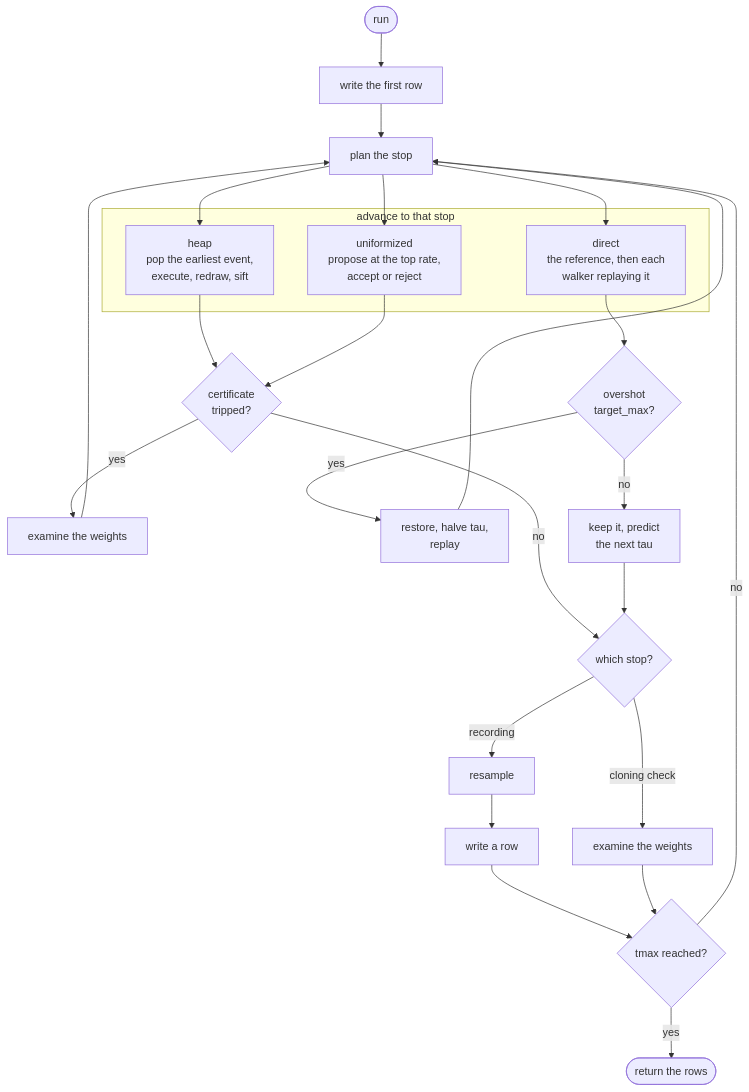
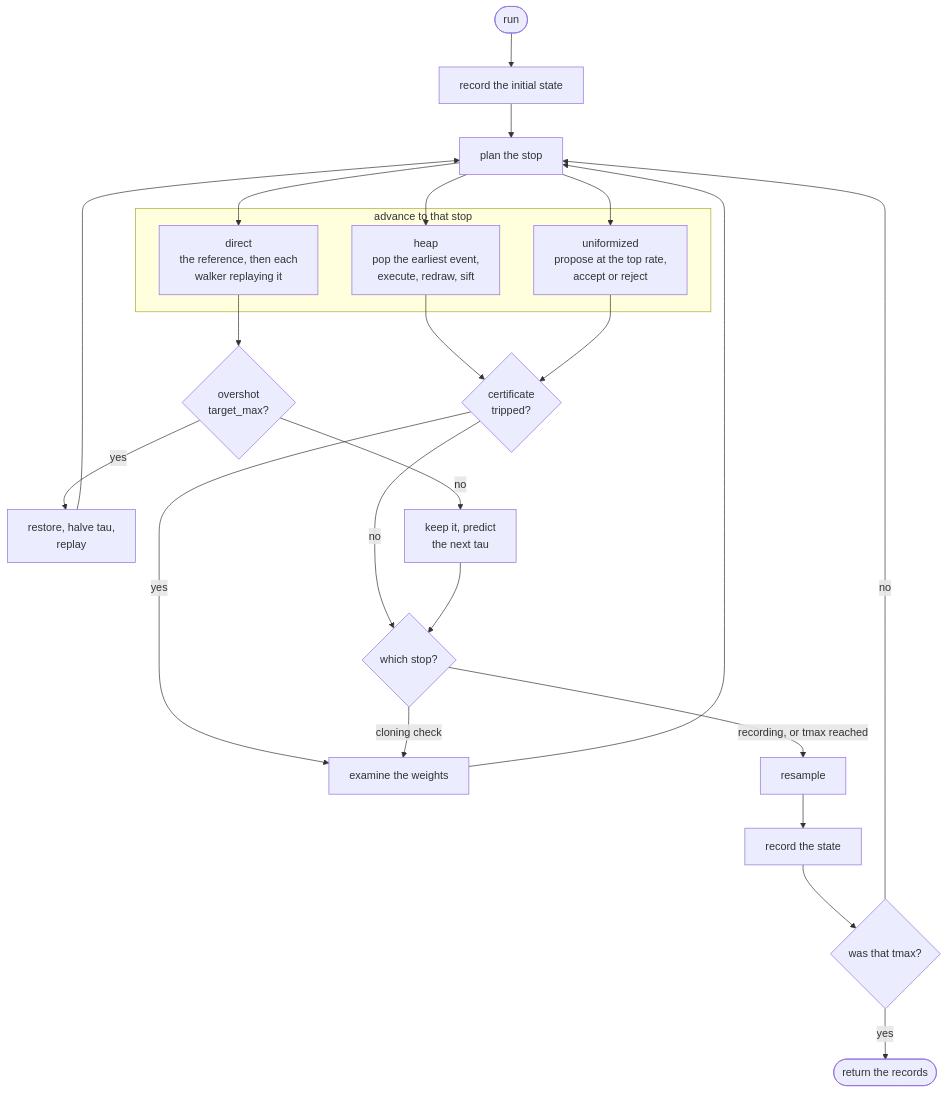
The second of 3 diagrams in Simulator/docs/SIMULATION_FLOW.md (jcosta99/Rare-Events-Simulator), drawn with Mermaid before and after one commit. The commit also changed other lines of this file and 12 other files, not shown here.

````diff
--- a/Simulator/docs/SIMULATION_FLOW.md
+++ b/Simulator/docs/SIMULATION_FLOW.md
@@ -53,38 +60,37 @@
 ```mermaid
 flowchart TD
-    start([run]) --> init["write the first row"]
+    start([run]) --> init["record the initial state"]
     init --> plan["plan the stop"]
 
     subgraph advance["advance to that stop"]
         heap["heap<br/>pop the earliest event,<br/>execute, redraw, sift"]
         uni["uniformized<br/>propose at the top rate,<br/>accept or reject"]
         dir["direct<br/>the reference, then each<br/>walker replaying it"]
     end
 
     plan --> heap
     plan --> uni
     plan --> dir
 
     heap --> cert
     uni --> cert
     cert{"certificate<br/>tripped?"}
     cert -->|yes| early["examine the weights"]
     early --> plan
     cert -->|no| kind
 
     dir --> rev{"overshot<br/>target_max?"}
     rev -->|yes| back["restore, halve tau,<br/>replay"]
     back --> plan
     rev -->|no| grow["keep it, predict<br/>the next tau"]
     grow --> kind
 
     kind{"which stop?"}
-    kind -->|recording| force["resample"]
-    force --> row["write a row"]
-    kind -->|cloning check| maybe["examine the weights"]
+    kind -->|cloning check| early
+    kind -->|"recording, or tmax reached"| force["resample"]
+    force --> rec["record the state"]
 
-    row --> fin{"tmax reached?"}
-    maybe --> fin
+    rec --> fin{"was that tmax?"}
     fin -->|no| plan
-    fin -->|yes| out([return the rows])
+    fin -->|yes| out([return the records])
 ```
````
